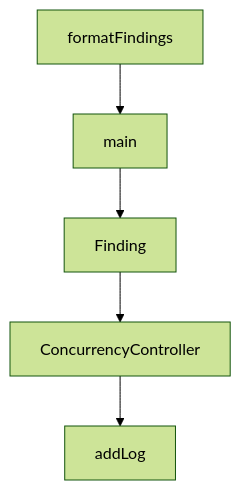
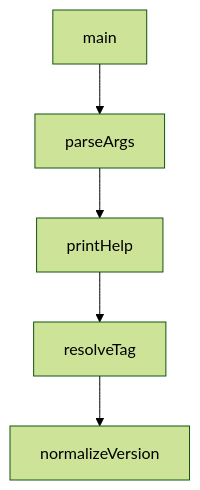
Before and after one commit to johnxie/awesome-code-docs: the diagram in tutorials/cherry-studio-tutorial/03-provider-configuration-and-routing.md, drawn with Mermaid (forest theme). The commit also changed other lines of this file and 1232 other files, not shown here.

````diff
--- a/tutorials/cherry-studio-tutorial/03-provider-configuration-and-routing.md
+++ b/tutorials/cherry-studio-tutorial/03-provider-configuration-and-routing.md
@@ -219,12 +217,12 @@
 ```mermaid
 flowchart TD
-    A[formatFindings]
-    B[main]
-    C[Finding]
-    D[ConcurrencyController]
-    E[addLog]
+    A[main]
+    B[parseArgs]
+    C[printHelp]
+    D[resolveTag]
+    E[normalizeVersion]
     A --> B
     B --> C
     C --> D
     D --> E
 ```
````
